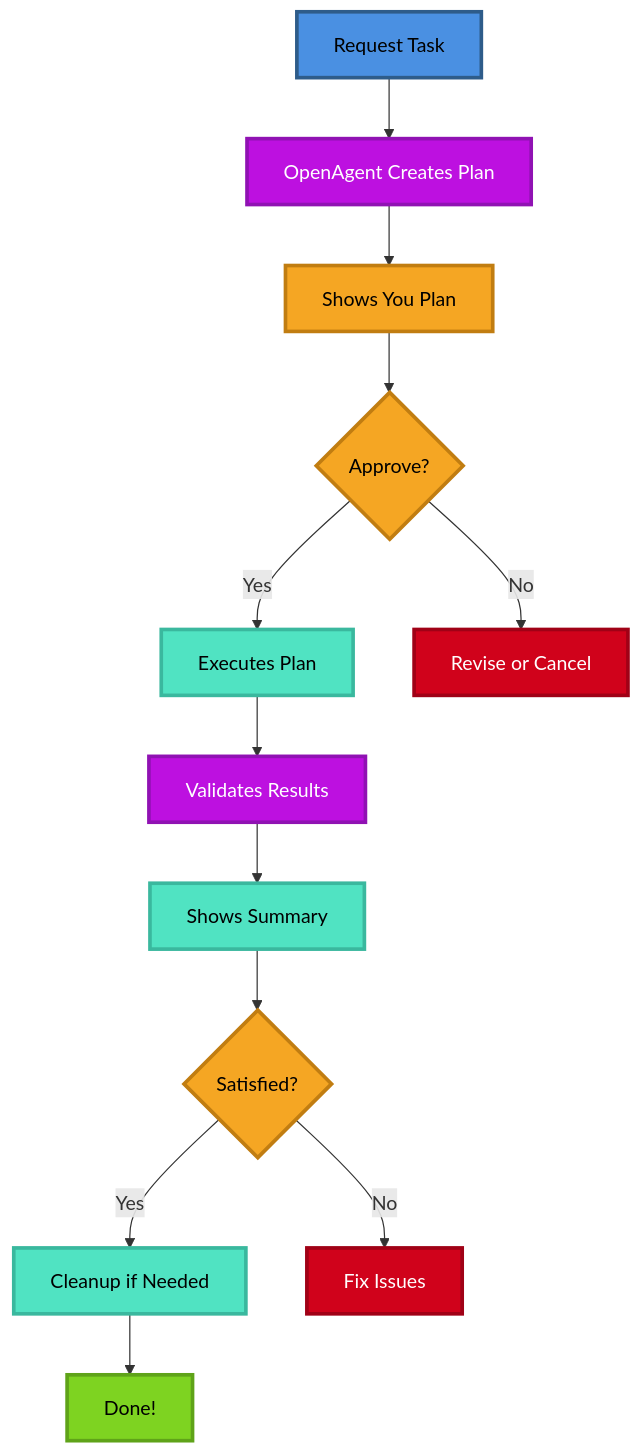
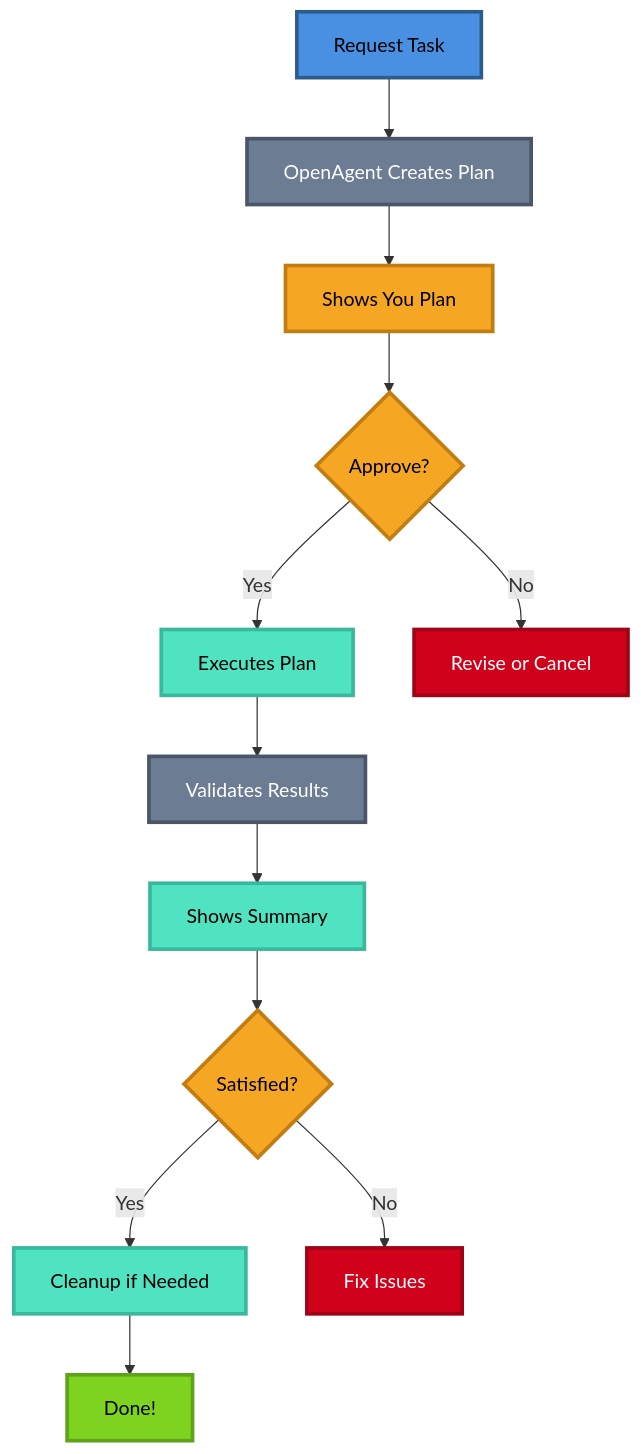
Before and after one commit to shahboura/agents-copilot: the third of 17 diagrams in docs/agents/openagent.md, drawn with Mermaid. The commit also changed other lines of this file and 25 other files, not shown here.

````diff
--- a/docs/agents/openagent.md
+++ b/docs/agents/openagent.md
@@ -99,27 +99,27 @@
 ```mermaid
 graph TD
     A[Request Task] --> B[OpenAgent Creates Plan]
     B --> C[Shows You Plan]
     C --> D{Approve?}
     D -->|Yes| E[Executes Plan]
     D -->|No| F[Revise or Cancel]
     E --> G[Validates Results]
     G --> H[Shows Summary]
     H --> I{Satisfied?}
     I -->|Yes| J[Cleanup if Needed]
     I -->|No| K[Fix Issues]
     J --> L[Done!]
     
     style A fill:#4A90E2,stroke:#2E5C8A,stroke-width:3px,color:#000
-    style B fill:#BD10E0,stroke:#9012B3,stroke-width:3px,color:#fff
+    style B fill:#6B7C93,stroke:#4A5568,stroke-width:3px,color:#fff
     style C fill:#F5A623,stroke:#C17D11,stroke-width:3px,color:#000
     style D fill:#F5A623,stroke:#C17D11,stroke-width:3px,color:#000
     style E fill:#50E3C2,stroke:#3AB89E,stroke-width:3px,color:#000
     style F fill:#D0021B,stroke:#A00116,stroke-width:3px,color:#fff
-    style G fill:#BD10E0,stroke:#9012B3,stroke-width:3px,color:#fff
+    style G fill:#6B7C93,stroke:#4A5568,stroke-width:3px,color:#fff
     style H fill:#50E3C2,stroke:#3AB89E,stroke-width:3px,color:#000
     style I fill:#F5A623,stroke:#C17D11,stroke-width:3px,color:#000
     style J fill:#50E3C2,stroke:#3AB89E,stroke-width:3px,color:#000
     style K fill:#D0021B,stroke:#A00116,stroke-width:3px,color:#fff
     style L fill:#7ED321,stroke:#5FA319,stroke-width:3px,color:#000
 ```
````
